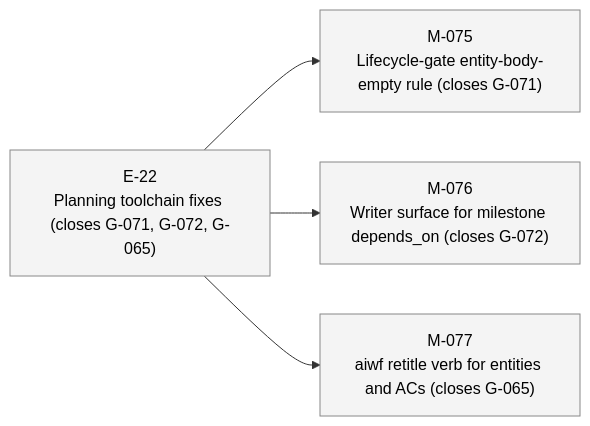
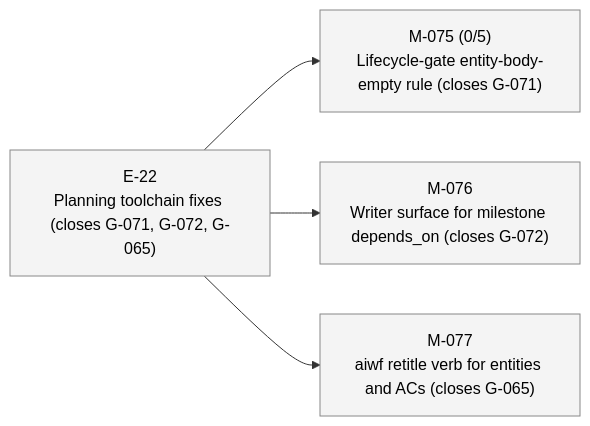
Before and after one commit to 23min/aiwf: the third of 3 diagrams in STATUS.md, drawn with Mermaid. The commit also changed other lines of this file and 1 other file, not shown here.

````diff
--- a/STATUS.md
+++ b/STATUS.md
@@ -74,16 +74,16 @@
 ```mermaid
 flowchart LR
   E_22["E-22<br/>Planning toolchain fixes (closes G-071, G-072, G-065)"]:::epic_proposed
-  M_075["M-075<br/>Lifecycle-gate entity-body-empty rule (closes G-071)"]:::ms_draft
+  M_075["M-075 (0/5)<br/>Lifecycle-gate entity-body-empty rule (closes G-071)"]:::ms_draft
   E_22 --> M_075
   M_076["M-076<br/>Writer surface for milestone depends_on (closes G-072)"]:::ms_draft
   E_22 --> M_076
   M_077["M-077<br/>aiwf retitle verb for entities and ACs (closes G-065)"]:::ms_draft
   E_22 --> M_077
   classDef epic_active fill:#d6eaff,stroke:#1a73e8,color:#000
   classDef epic_proposed fill:#f4f4f4,stroke:#888,color:#000
   classDef ms_done fill:#d8f5d8,stroke:#2a8a2a,color:#000
   classDef ms_in_progress fill:#fff3c4,stroke:#caa400,color:#000
   classDef ms_draft fill:#f4f4f4,stroke:#888,color:#000
   classDef ms_cancelled fill:#fbeaea,stroke:#c33,color:#000
 ```
````
